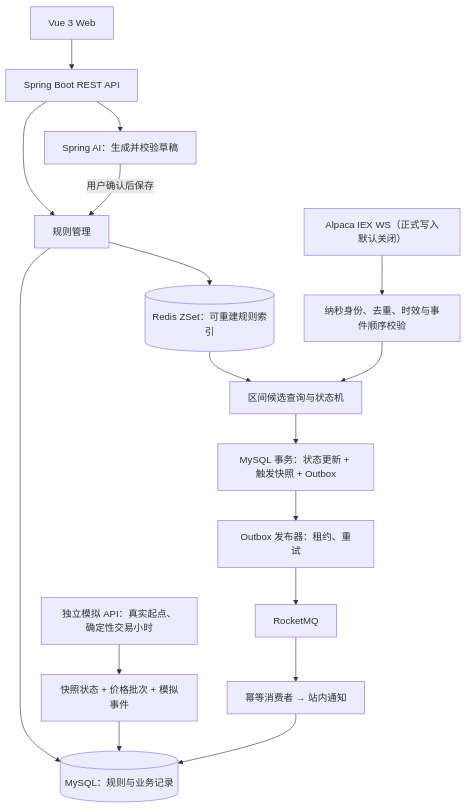
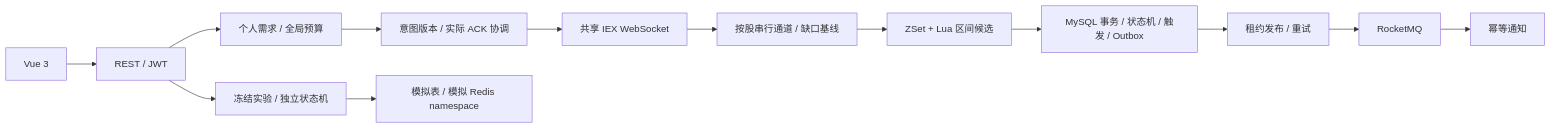
One commit to originalEzra/PricePulse changed the diagram in README.md. Above: the diagram before and after it, drawn with Mermaid. The commit also changed other lines of this file and 13 other files, not shown here.

Commit message:
docs: document V2.1 rollout architecture and backend interview evidence

````diff
--- a/README.md
+++ b/README.md
@@ -51,20 +31,15 @@
 ```mermaid
-flowchart TD
-    UI["Vue 3 Web"] --> API["Spring Boot REST API"]
-    API --> RULE["规则管理"]
-    API --> AI["Spring AI：生成并校验草稿"]
-    AI -->|"用户确认后保存"| RULE
-    RULE --> DB[("MySQL：规则与业务记录")]
-    RULE --> INDEX[("Redis ZSet：可重建规则索引")]
-
-    FEED["Alpaca IEX WS（正式写入默认关闭）"] --> CHECK["纳秒身份、去重、时效与事件顺序校验"]
-    CHECK --> MATCH["区间候选查询与状态机"]
-    INDEX --> MATCH
-    MATCH --> TX["MySQL 事务：状态更新 + 触发快照 + Outbox"]
-    TX --> PUB["Outbox 发布器：租约、重试"]
-    PUB --> MQ["RocketMQ"]
-    MQ --> NOTICE["幂等消费者 → 站内通知"]
-    NOTICE --> DB
-    SIM["独立模拟 API：真实起点、确定性交易小时"] --> SIMTX["快照状态 + 价格批次 + 模拟事件"]
-    SIMTX --> DB
+flowchart LR
+    UI[Vue 3] --> API[REST / JWT]
+    API --> SUB[个人需求 / 全局预算]
+    SUB --> ACK[意图版本 / 实际 ACK 协调]
+    ACK --> WS[共享 IEX WebSocket]
+    WS --> LANE[按股串行通道 / 缺口基线]
+    LANE --> INDEX[ZSet + Lua 区间候选]
+    INDEX --> TX[MySQL 事务 / 状态机 / 触发 / Outbox]
+    TX --> PUB[租约发布 / 重试]
+    PUB --> MQ[RocketMQ]
+    MQ --> NOTICE[幂等通知]
+    API --> SIM[冻结实验 / 独立状态机]
+    SIM --> SIMDB[模拟表 / 模拟 Redis namespace]
 ```
````
